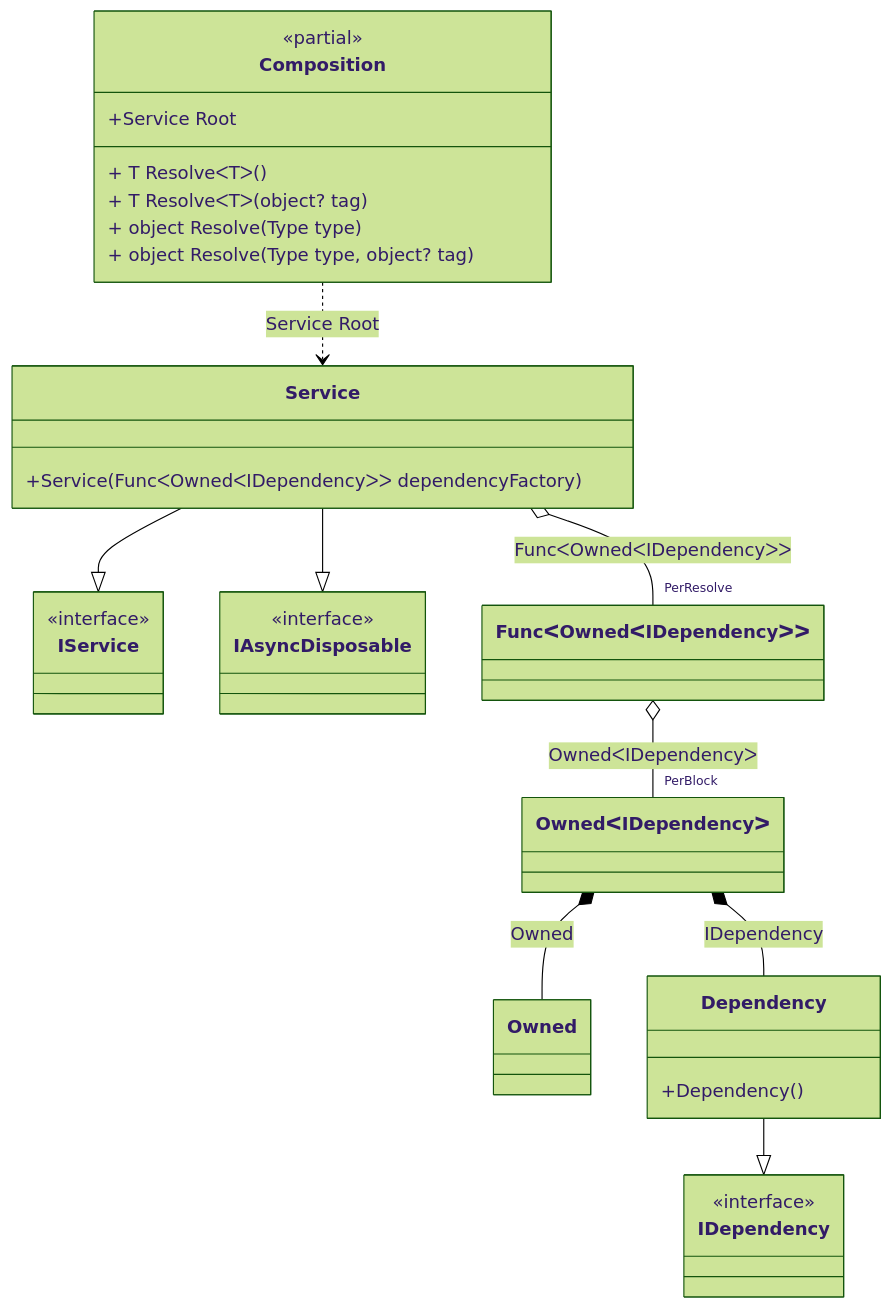
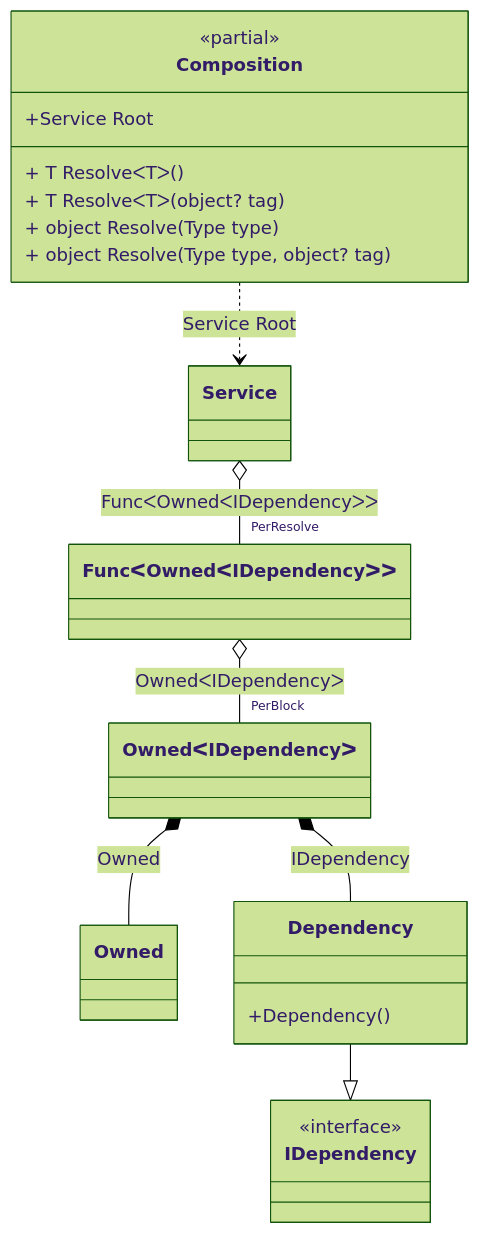
Before and after one commit to DevTeam/Pure.DI: the diagram in readme/tracking-async-disposable-instances-in-delegates.md, drawn with Mermaid (forest theme). The commit also changed 90 other files, not shown here.

````diff
--- a/readme/tracking-async-disposable-instances-in-delegates.md
+++ b/readme/tracking-async-disposable-instances-in-delegates.md
@@ -257,37 +257,26 @@
 ```mermaid
 classDiagram
 	class Composition {
 		<<partial>>
 		+Service Root
 		+ T ResolveᐸTᐳ()
 		+ T ResolveᐸTᐳ(object? tag)
 		+ object Resolve(Type type)
 		+ object Resolve(Type type, object? tag)
 	}
 	class Owned
 	Dependency --|> IDependency
 	class Dependency {
 		+Dependency()
 	}
-	Service --|> IService
-	Service --|> IAsyncDisposable
-	class Service {
-		+Service(FuncᐸOwnedᐸIDependencyᐳᐳ dependencyFactory)
-	}
 	class FuncᐸOwnedᐸIDependencyᐳᐳ
 	class OwnedᐸIDependencyᐳ
 	class IDependency {
 		<<interface>>
 	}
-	class IService {
-		<<interface>>
-	}
-	class IAsyncDisposable {
-		<<interface>>
-	}
+	Composition ..> Service : Service Root
 	Service o-- "PerResolve" FuncᐸOwnedᐸIDependencyᐳᐳ : FuncᐸOwnedᐸIDependencyᐳᐳ
-	Composition ..> Service : Service Root
 	FuncᐸOwnedᐸIDependencyᐳᐳ o-- "PerBlock" OwnedᐸIDependencyᐳ : OwnedᐸIDependencyᐳ
 	OwnedᐸIDependencyᐳ *--  Owned : Owned
 	OwnedᐸIDependencyᐳ *--  Dependency : IDependency
 ```
````
